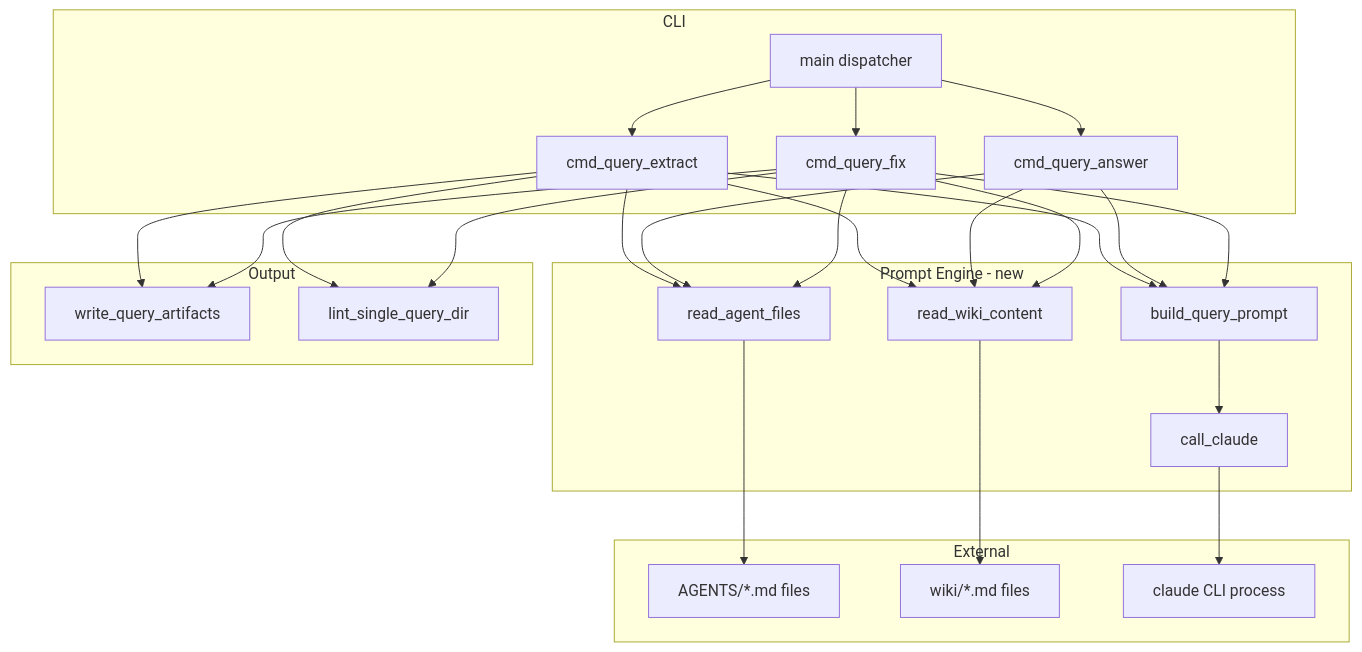
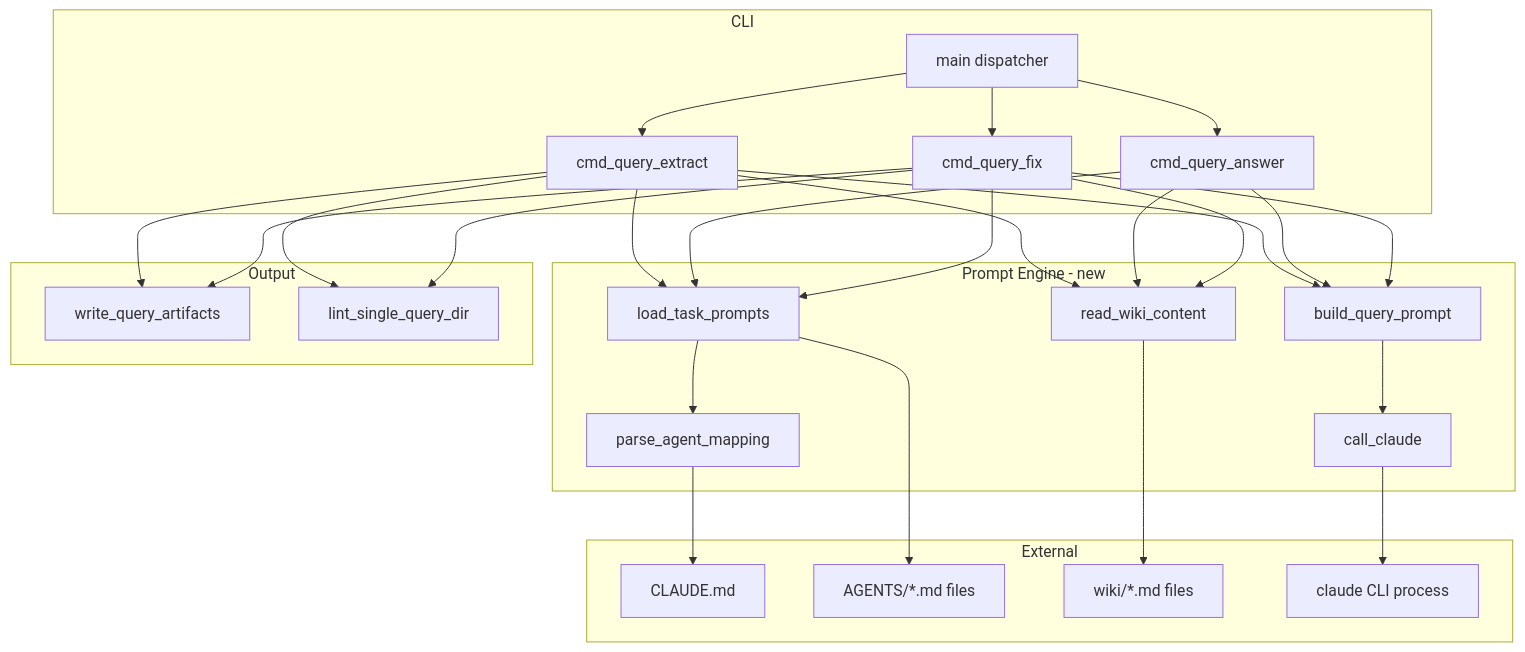
The first of 4 diagrams in .kiro/specs/cli-query/design.md (kenoogl/Rwiki-dev), drawn with Mermaid before and after one commit. The commit also changed other lines of this file and 3 other files, not shown here.

````diff
--- a/.kiro/specs/cli-query/design.md
+++ b/.kiro/specs/cli-query/design.md
@@ -67,52 +71,56 @@
 ```mermaid
 graph TB
     subgraph CLI
         Dispatcher[main dispatcher]
         CmdExtract[cmd_query_extract]
         CmdAnswer[cmd_query_answer]
         CmdFix[cmd_query_fix]
     end
 
     subgraph PromptEngine[Prompt Engine - new]
-        ReadAgent[read_agent_files]
+        LoadPrompts[load_task_prompts]
+        ParseMapping[parse_agent_mapping]
         ReadWiki[read_wiki_content]
         BuildPrompt[build_query_prompt]
         CallClaude[call_claude]
     end
 
     subgraph Output
         WriteArtifacts[write_query_artifacts]
         AutoLint[lint_single_query_dir]
     end
 
     subgraph External
+        ClaudeMd[CLAUDE.md]
         AgentsFiles[AGENTS/*.md files]
         WikiFiles[wiki/*.md files]
         ClaudeCLI[claude CLI process]
     end
 
     Dispatcher --> CmdExtract
     Dispatcher --> CmdAnswer
     Dispatcher --> CmdFix
 
-    CmdExtract --> ReadAgent
+    CmdExtract --> LoadPrompts
     CmdExtract --> ReadWiki
-    CmdAnswer --> ReadAgent
+    CmdAnswer --> LoadPrompts
     CmdAnswer --> ReadWiki
-    CmdFix --> ReadAgent
+    CmdFix --> LoadPrompts
     CmdFix --> ReadWiki
 
-    ReadAgent --> AgentsFiles
+    LoadPrompts --> ParseMapping
+    ParseMapping --> ClaudeMd
+    LoadPrompts --> AgentsFiles
     ReadWiki --> WikiFiles
 
     CmdExtract --> BuildPrompt
     CmdAnswer --> BuildPrompt
     CmdFix --> BuildPrompt
     BuildPrompt --> CallClaude
     CallClaude --> ClaudeCLI
 
     CmdExtract --> WriteArtifacts
     CmdFix --> WriteArtifacts
     CmdExtract --> AutoLint
     CmdFix --> AutoLint
 ```
````
